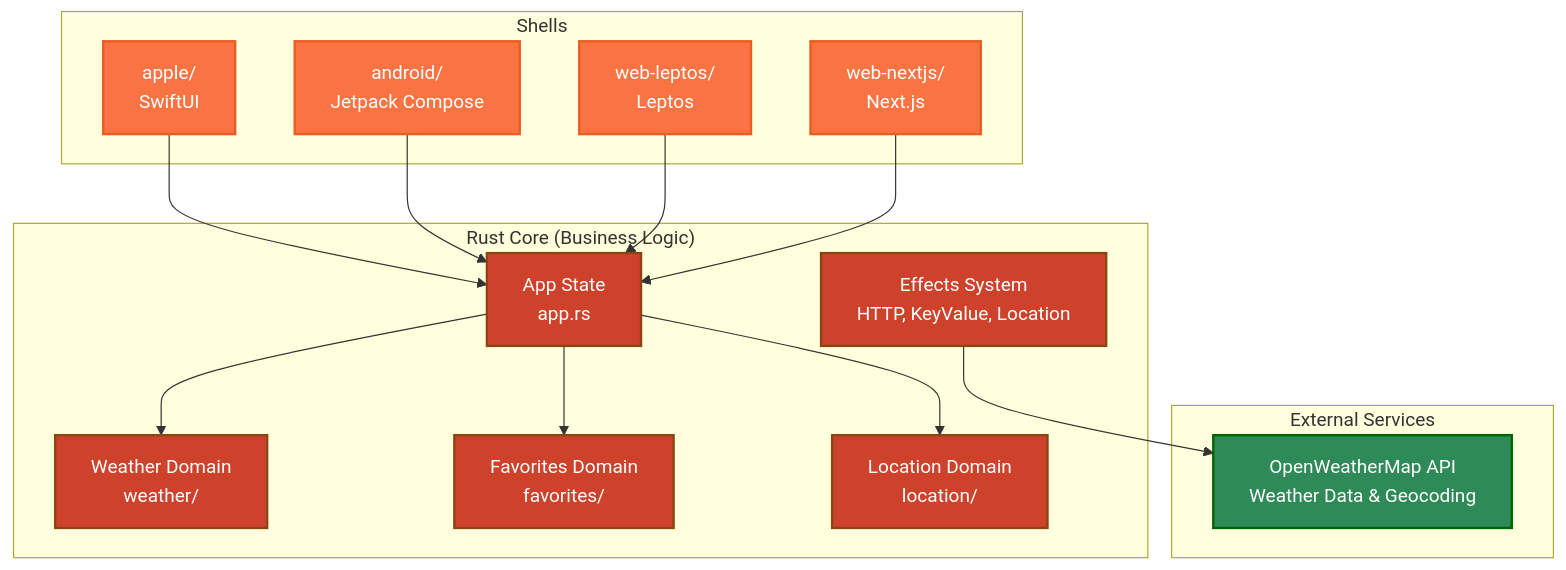
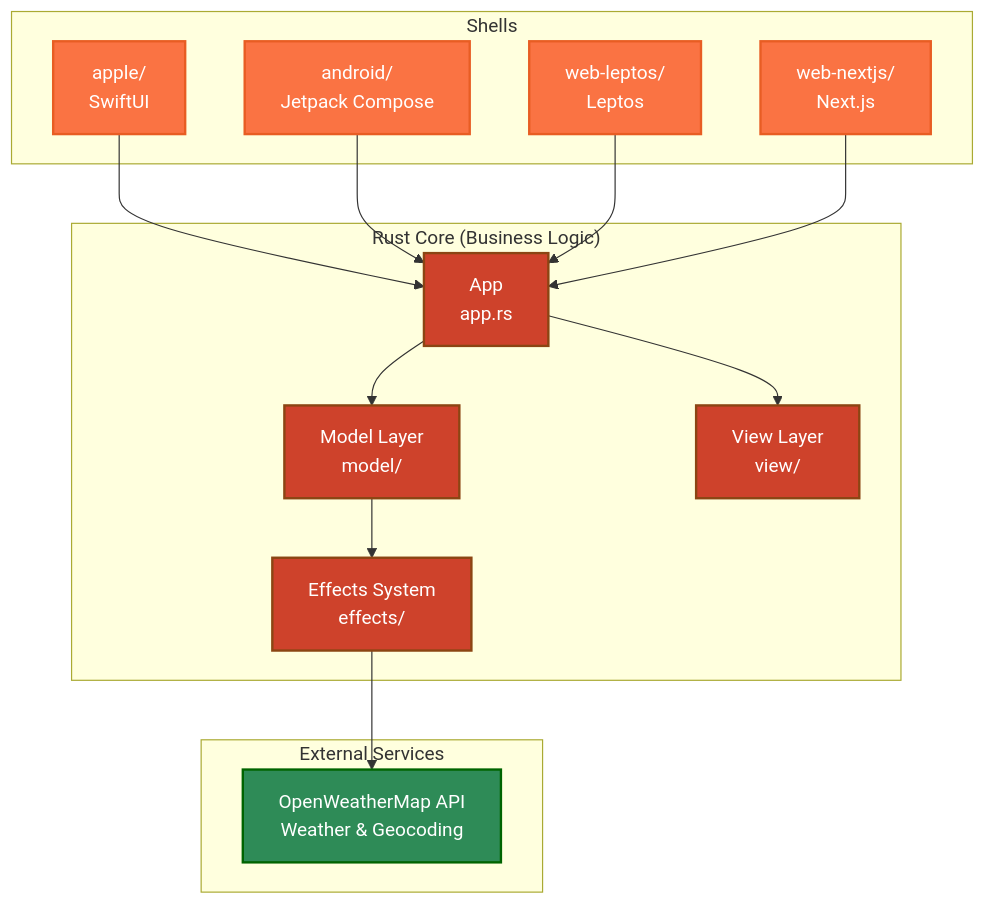
The first of 3 diagrams in examples/weather/ARCHITECTURE.md (redbadger/crux), drawn with Mermaid before and after one commit. The commit also changed other lines of this file and 14 other files, not shown here.

````diff
--- a/examples/weather/ARCHITECTURE.md
+++ b/examples/weather/ARCHITECTURE.md
@@ -9,38 +14,37 @@
 ```mermaid
 graph TB
     subgraph "Shells"
         Apple[apple/<br/>SwiftUI]
         Android[android/<br/>Jetpack Compose]
         Leptos[web-leptos/<br/>Leptos]
         NextJS[web-nextjs/<br/>Next.js]
     end
 
     subgraph "Rust Core (Business Logic)"
-        App[App State<br/>app.rs]
-        Weather[Weather Domain<br/>weather/]
-        Favorites[Favorites Domain<br/>favorites/]
-        Loc[Location Domain<br/>location/]
-        Effects[Effects System<br/>HTTP, KeyValue, Location]
+        App[App<br/>app.rs]
+        Model[Model Layer<br/>model/]
+        View[View Layer<br/>view/]
+        Effects[Effects System<br/>effects/]
     end
 
     subgraph "External Services"
-        API[OpenWeatherMap API<br/>Weather Data & Geocoding]
+        API[OpenWeatherMap API<br/>Weather & Geocoding]
     end
 
     Apple --> App
     Android --> App
     Leptos --> App
     NextJS --> App
-    App --> Weather
-    App --> Favorites
-    App --> Loc
+    App --> Model
+    App --> View
+    Model --> Effects
     Effects --> API
 
     classDef rust fill:#CE422B,stroke:#8B4513,stroke-width:2px,color:#fff
     classDef shell fill:#FA7343,stroke:#E85D23,stroke-width:2px,color:#fff
     classDef external fill:#2E8B57,stroke:#006400,stroke-width:2px,color:#fff
 
-    class App,Weather,Favorites,Loc,Effects rust
+    class App,Model,View,Effects rust
     class Apple,Android,Leptos,NextJS shell
     class API external
 ```
````
